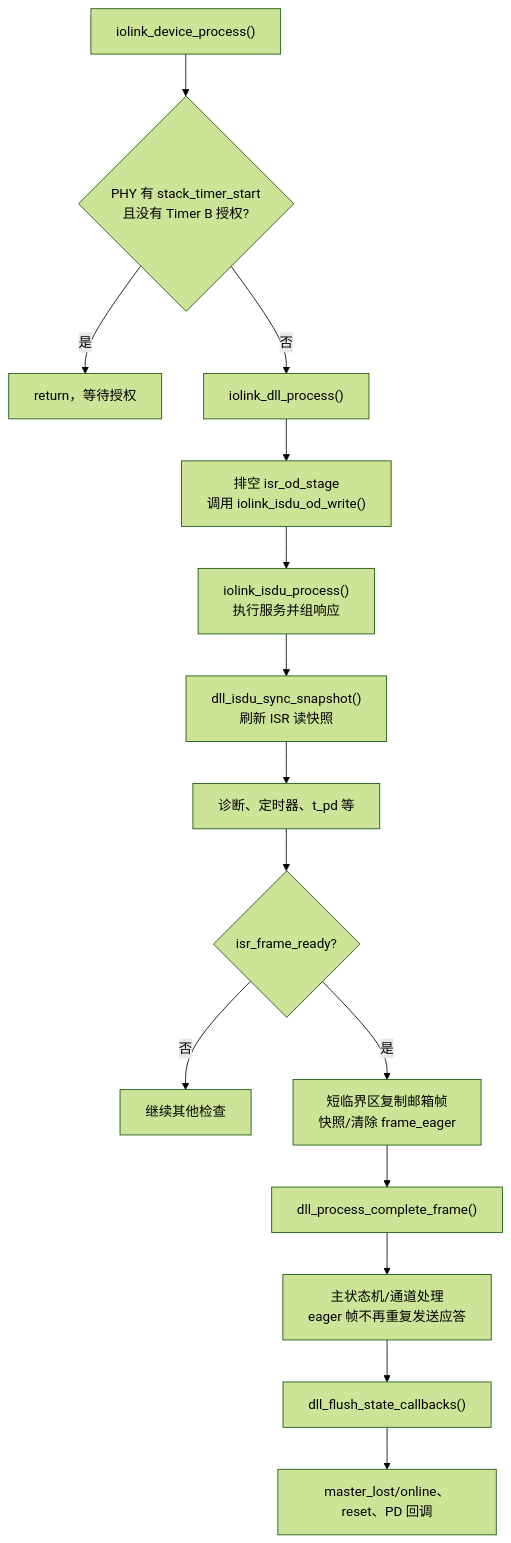
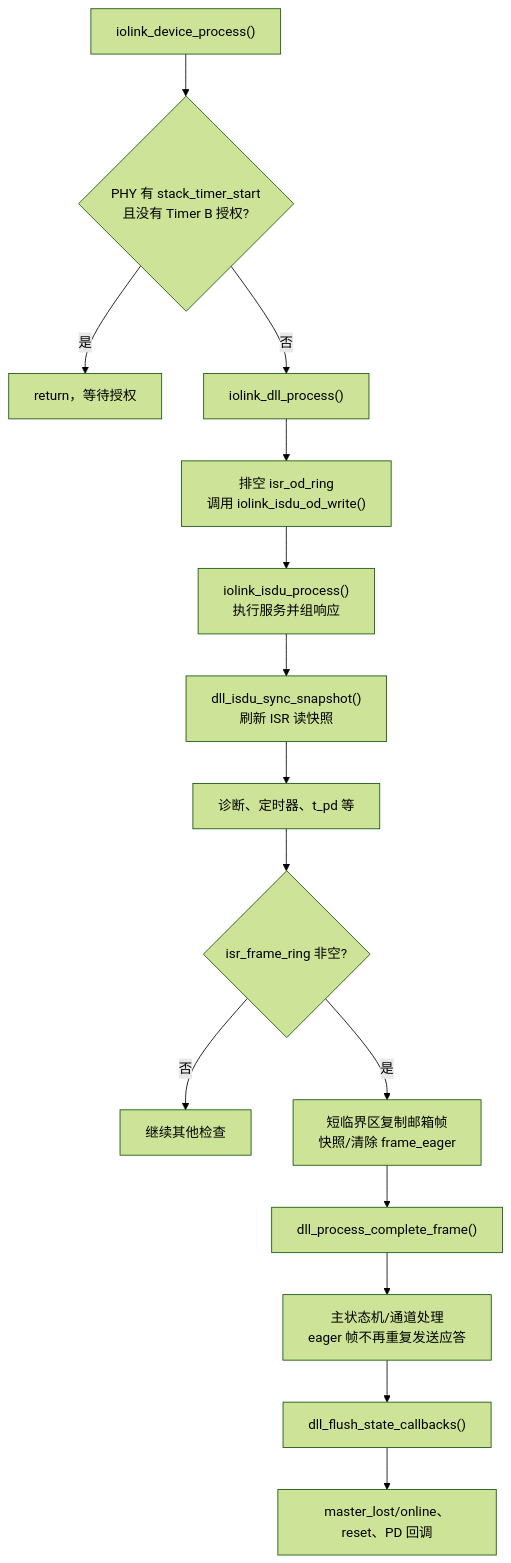
One commit to Adlyq/iolinki changed the fifth of 16 diagrams in docs/CODE_FLOW.md. Above: the diagram before and after it, drawn with Mermaid (forest theme). The commit also changed other lines of this file and 4 other files, not shown here.

````diff
--- a/docs/CODE_FLOW.md
+++ b/docs/CODE_FLOW.md
@@ -266,17 +266,17 @@
 ```mermaid
 flowchart TD
     A["iolink_device_process()"] --> B{"PHY 有 stack_timer_start<br/>且没有 Timer B 授权?"}
     B -- 是 --> Z["return，等待授权"]
     B -- 否 --> C["iolink_dll_process()"]
-    C --> D["排空 isr_od_stage<br/>调用 iolink_isdu_od_write()"]
+    C --> D["排空 isr_od_ring<br/>调用 iolink_isdu_od_write()"]
     D --> E["iolink_isdu_process()<br/>执行服务并组响应"]
     E --> F["dll_isdu_sync_snapshot()<br/>刷新 ISR 读快照"]
     F --> G["诊断、定时器、t_pd 等"]
-    G --> H{"isr_frame_ready?"}
+    G --> H{"isr_frame_ring 非空?"}
     H -- 否 --> I["继续其他检查"]
     H -- 是 --> J["短临界区复制邮箱帧<br/>快照/清除 frame_eager"]
     J --> K["dll_process_complete_frame()"]
     K --> L["主状态机/通道处理<br/>eager 帧不再重复发送应答"]
     L --> M["dll_flush_state_callbacks()"]
     M --> N["master_lost/online、reset、PD 回调"]
 ```
````
